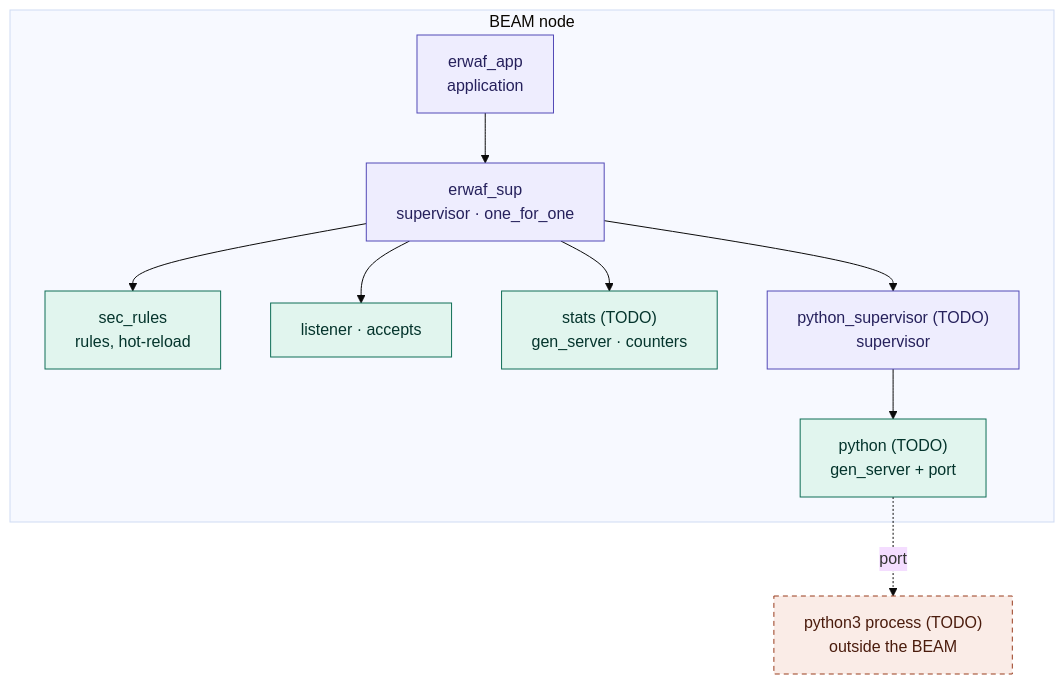
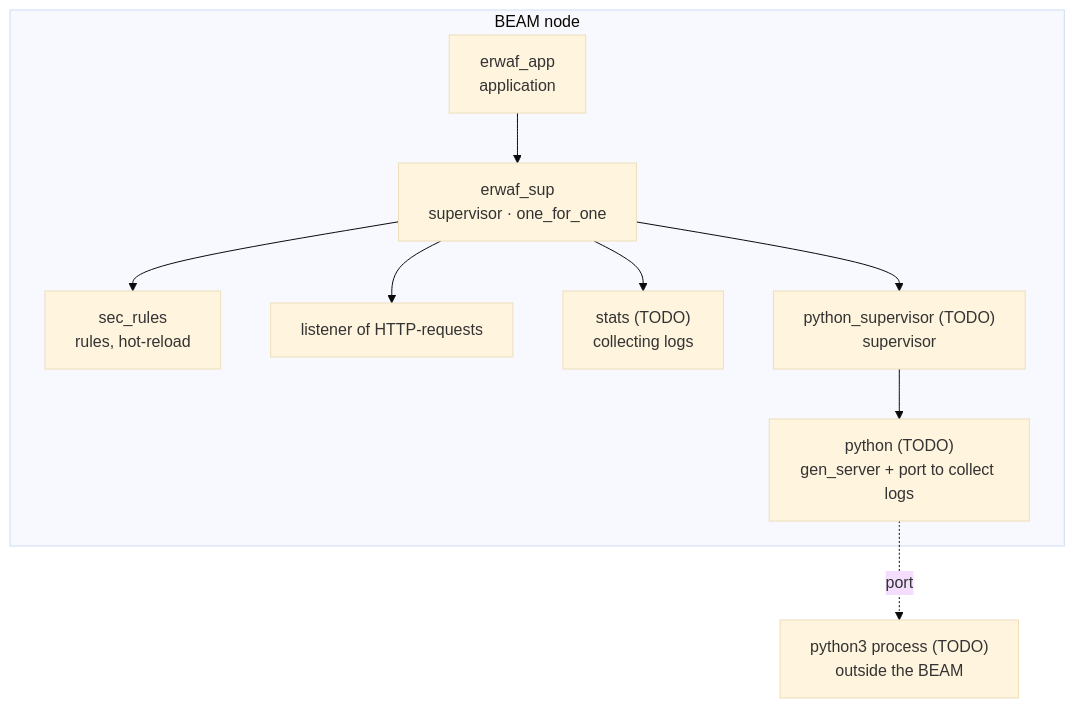
Before and after one commit to vadim-sibiryanskiy-yumasoft/erwaf: the second of 2 diagrams in README.md, drawn with Mermaid (base theme). The commit also changed 2 other files, not shown here.

````diff
--- a/README.md
+++ b/README.md
@@ -17,30 +69,22 @@
 ```mermaid
 graph TD
     subgraph beam["BEAM node"]
         app["erwaf_app<br/>application"]
         sup["erwaf_sup<br/>supervisor · one_for_one"]
-        config["sec_rules<br/>rules, hot-reload"]
-        listener["listener · accepts"]
-        stats["stats (TODO)<br/>gen_server · counters"]
+        sec_rules["sec_rules<br/>rules, hot-reload"]
+        listener["listener of HTTP-requests"]
+        stats["stats (TODO)<br/>collecting logs"]
         pysup["python_supervisor (TODO)<br/>supervisor"]
-        py["python (TODO)<br/>gen_server + port"]
+        py["python (TODO)<br/>gen_server + port to collect logs"]
 
         app --> sup
-        sup --> config
+        sup --> sec_rules
         sup --> listener
         sup --> stats
         sup --> pysup
         pysup --> py
     end
 
     python["python3 process (TODO)<br/>outside the BEAM"]
     py -.->|port| python
-
-    classDef supervisor fill:#EEEDFE,stroke:#534AB7,color:#26215C
-    classDef worker fill:#E1F5EE,stroke:#0F6E56,color:#04342C
-    classDef external fill:#FAECE7,stroke:#993C1D,color:#4A1B0C,stroke-dasharray:5 4
-
-    class app,sup,pysup supervisor
-    class config,listener,stats,py worker
-    class python external
 ```
````
